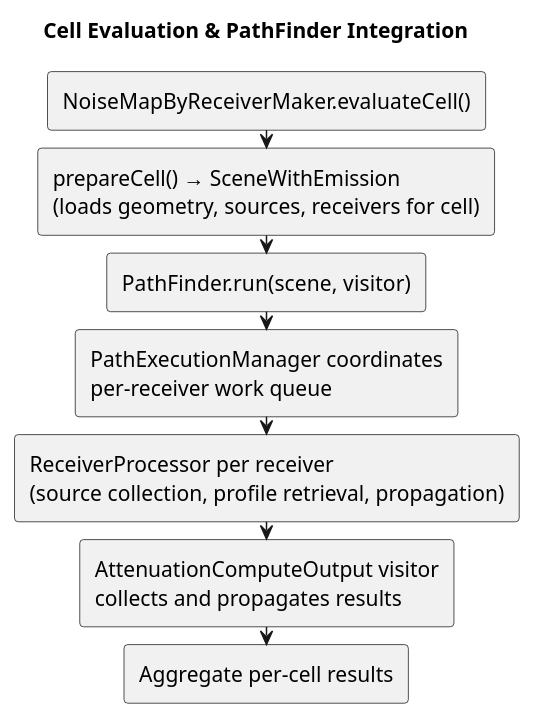
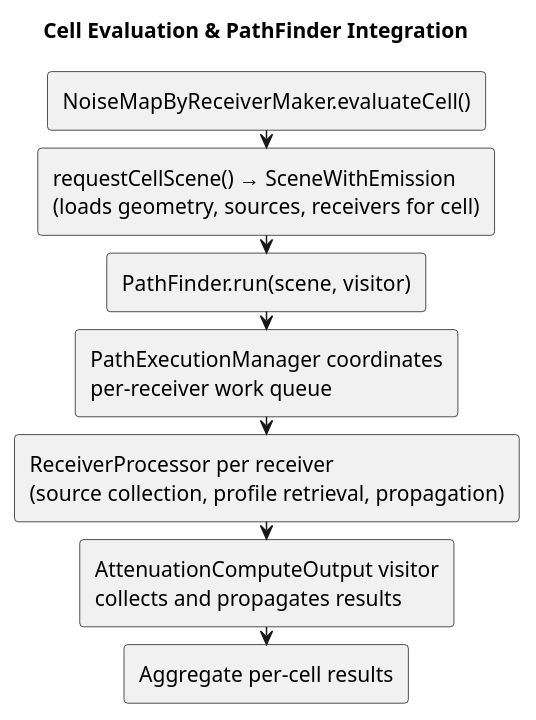
Before and after one commit to jtagusari/NoiseModelling: the fourth of 4 diagrams in Docs-dev/pathfinder_algorithms.md, drawn with PlantUML. The commit also changed other lines of this file and 12 other files, not shown here.

````diff
--- a/Docs-dev/pathfinder_algorithms.md
+++ b/Docs-dev/pathfinder_algorithms.md
@@ -217,25 +217,25 @@
 ```plantuml
 @startuml
 top to bottom direction
 skinparam componentStyle rectangle
 skinparam nodesep 10
 skinparam ranksep 12
 title Cell Evaluation & PathFinder Integration
 
 rectangle A as "NoiseMapByReceiverMaker.evaluateCell()"
-rectangle B as "prepareCell() → SceneWithEmission\n(loads geometry, sources, receivers for cell)"
+rectangle B as "requestCellScene() → SceneWithEmission\n(loads geometry, sources, receivers for cell)"
 rectangle C as "PathFinder.run(scene, visitor)"
 rectangle D as "PathExecutionManager coordinates\nper-receiver work queue"
 rectangle E as "ReceiverProcessor per receiver\n(source collection, profile retrieval, propagation)"
 rectangle F as "AttenuationComputeOutput visitor\ncollects and propagates results"
 rectangle G as "Aggregate per-cell results"
 
 A --> B
 B --> C
 C --> D
 D --> E
 E --> F
 F --> G
 
 @enduml
 ```
````
